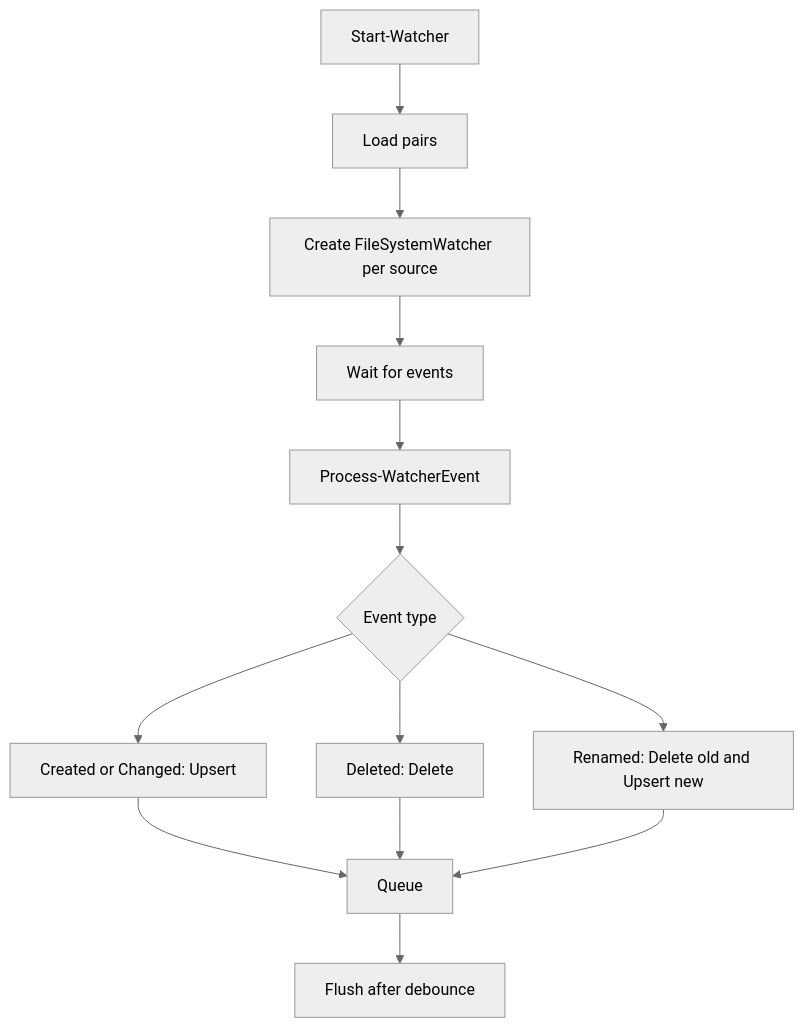
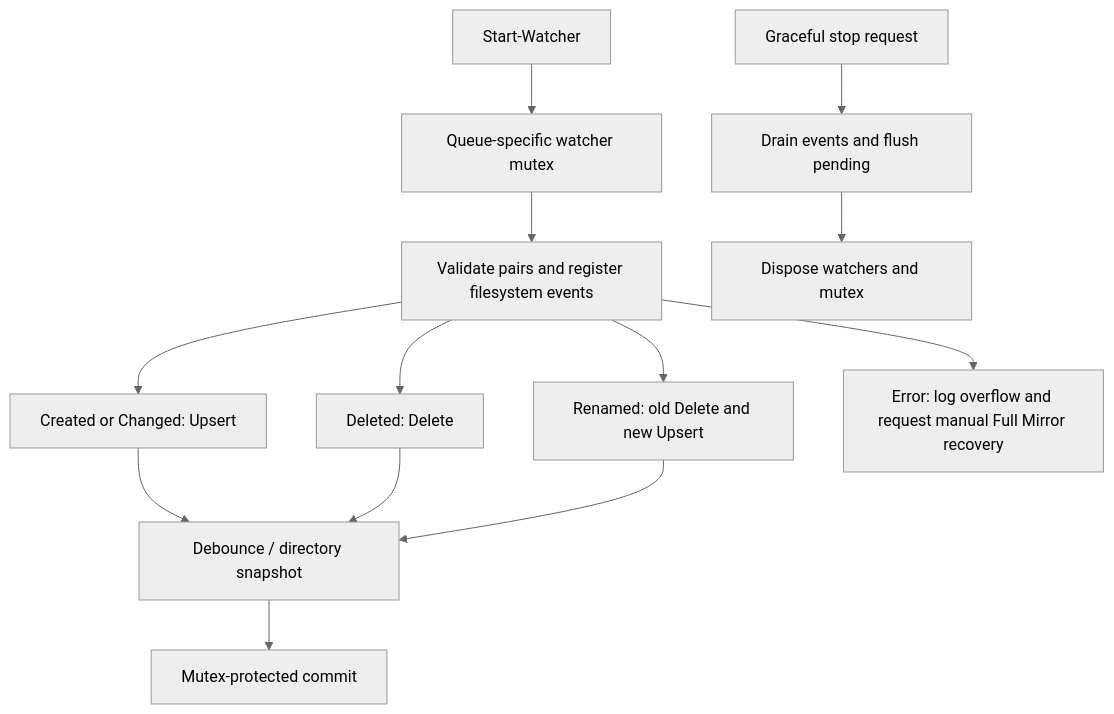
The diagram in docs/maps/watcher-flow-map.md (AMD4x/miraqueue), drawn with Mermaid (neutral theme) before and after one commit. The commit also changed other lines of this file and 41 other files, not shown here.

````diff
--- a/docs/maps/watcher-flow-map.md
+++ b/docs/maps/watcher-flow-map.md
@@ -3,15 +3,15 @@
 ```mermaid
-graph TD
-  A[Start-Watcher] --> B[Load pairs]
-  B --> C[Create FileSystemWatcher per source]
-  C --> D[Wait for events]
-  D --> E[Process-WatcherEvent]
-  E --> F{Event type}
-  F --> G[Created or Changed: Upsert]
-  F --> H[Deleted: Delete]
-  F --> I[Renamed: Delete old and Upsert new]
-  G --> J[Queue]
-  H --> J
-  I --> J
-  J --> K[Flush after debounce]
+flowchart TD
+  A[Start-Watcher] --> B[Queue-specific watcher mutex]
+  B --> C[Validate pairs and register filesystem events]
+  C --> D[Created or Changed: Upsert]
+  C --> E[Deleted: Delete]
+  C --> F[Renamed: old Delete and new Upsert]
+  C --> X[Error: log overflow and request manual Full Mirror recovery]
+  D --> G[Debounce / directory snapshot]
+  E --> G
+  F --> G
+  G --> H[Mutex-protected commit]
+  S[Graceful stop request] --> I[Drain events and flush pending]
+  I --> J[Dispose watchers and mutex]
 ```
````
